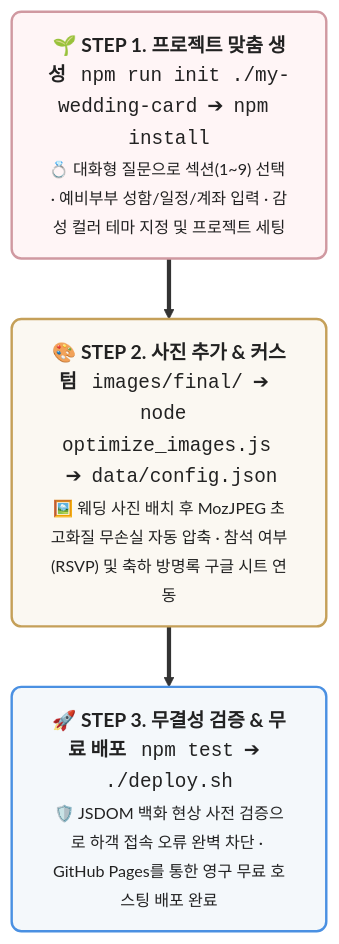
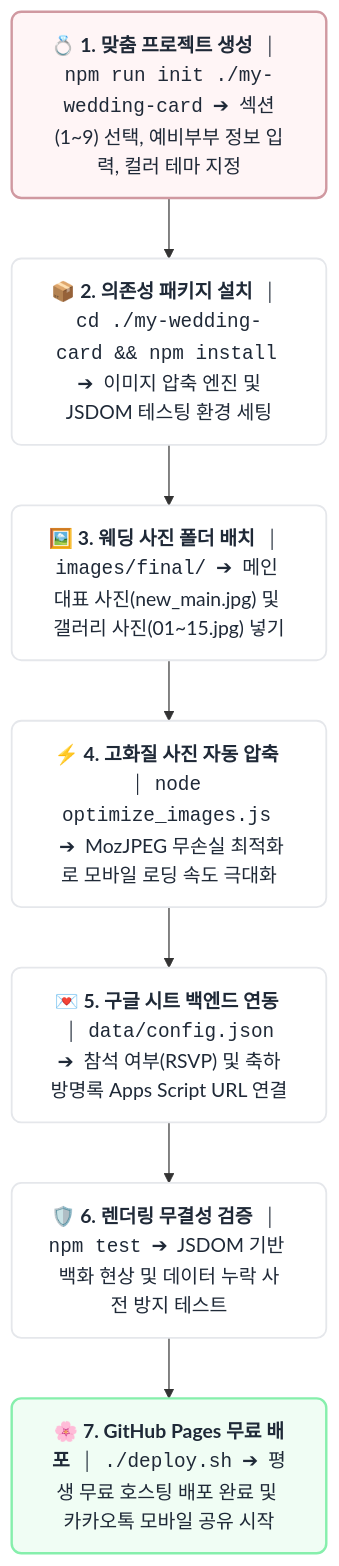
The diagram in .agents/skills/mobile-wedding-card/README.md (unoShin/wedding-card), drawn with Mermaid before and after one commit.

Commit message:
Auto-deploy verification passed: 2026-08-28 17:43:21

````diff
--- a/.agents/skills/mobile-wedding-card/README.md
+++ b/.agents/skills/mobile-wedding-card/README.md
@@ -116,19 +116,19 @@
 ```mermaid
 flowchart TD
-    S1["<b>🌱 STEP 1. 프로젝트 맞춤 생성</b> &nbsp; <code>npm run init ./my-wedding-card</code> &nbsp;➔&nbsp; <code>npm install</code><br/><small>💍 대화형 질문으로 섹션(1~9) 선택 · 예비부부 성함/일정/계좌 입력 · 감성 컬러 테마 지정 및 프로젝트 세팅</small>"]
-    
-    S2["<b>🎨 STEP 2. 사진 추가 & 커스텀</b> &nbsp; <code>images/final/</code> &nbsp;➔&nbsp; <code>node optimize_images.js</code> &nbsp;➔&nbsp; <code>data/config.json</code><br/><small>🖼️ 웨딩 사진 배치 후 MozJPEG 초고화질 무손실 자동 압축 · 참석 여부(RSVP) 및 축하 방명록 구글 시트 연동</small>"]
-    
-    S3["<b>🚀 STEP 3. 무결성 검증 & 무료 배포</b> &nbsp; <code>npm test</code> &nbsp;➔&nbsp; <code>./deploy.sh</code><br/><small>🛡️ JSDOM 백화 현상 사전 검증으로 하객 접속 오류 완벽 차단 · GitHub Pages를 통한 영구 무료 호스팅 배포 완료</small>"]
+    A["💍 <b>1. 맞춤 프로젝트 생성</b> &nbsp;│&nbsp; <code>npm run init ./my-wedding-card</code> &nbsp;➔&nbsp; 섹션(1~9) 선택, 예비부부 정보 입력, 컬러 테마 지정"]
+    B["📦 <b>2. 의존성 패키지 설치</b> &nbsp;│&nbsp; <code>cd ./my-wedding-card && npm install</code> &nbsp;➔&nbsp; 이미지 압축 엔진 및 JSDOM 테스팅 환경 세팅"]
+    C["🖼️ <b>3. 웨딩 사진 폴더 배치</b> &nbsp;│&nbsp; <code>images/final/</code> &nbsp;➔&nbsp; 메인 대표 사진(new_main.jpg) 및 갤러리 사진(01~15.jpg) 넣기"]
+    D["⚡ <b>4. 고화질 사진 자동 압축</b> &nbsp;│&nbsp; <code>node optimize_images.js</code> &nbsp;➔&nbsp; MozJPEG 무손실 최적화로 모바일 로딩 속도 극대화"]
+    E["💌 <b>5. 구글 시트 백엔드 연동</b> &nbsp;│&nbsp; <code>data/config.json</code> &nbsp;➔&nbsp; 참석 여부(RSVP) 및 축하 방명록 Apps Script URL 연결"]
+    F["🛡️ <b>6. 렌더링 무결성 검증</b> &nbsp;│&nbsp; <code>npm test</code> &nbsp;➔&nbsp; JSDOM 기반 백화 현상 및 데이터 누락 사전 방지 테스트"]
+    G["🌸 <b>7. GitHub Pages 무료 배포</b> &nbsp;│&nbsp; <code>./deploy.sh</code> &nbsp;➔&nbsp; 평생 무료 호스팅 배포 완료 및 카카오톡 모바일 공유 시작"]
 
-    S1 ==> S2 ==> S3
+    A --> B --> C --> D --> E --> F --> G
 
-    %% Custom Wide Card Styling
-    classDef stepPink fill:#fff5f6,stroke:#d099a1,stroke-width:2px,color:#222,rx:8px,ry:8px;
-    classDef stepGold fill:#fbf8f2,stroke:#c5a059,stroke-width:2px,color:#222,rx:8px,ry:8px;
-    classDef stepBlue fill:#f4f8fb,stroke:#4a90e2,stroke-width:2px,color:#222,rx:8px,ry:8px;
+    classDef default fill:#ffffff,stroke:#e5e7eb,stroke-width:1.5px,color:#1f2937,rx:8px,ry:8px;
+    classDef startNode fill:#fff5f6,stroke:#d099a1,stroke-width:2px,color:#1f2937,rx:8px,ry:8px;
+    classDef endNode fill:#f0fdf4,stroke:#86efac,stroke-width:2px,color:#1f2937,rx:8px,ry:8px;
 
-    class S1 stepPink;
-    class S2 stepGold;
-    class S3 stepBlue;
+    class A startNode;
+    class G endNode;
 ```
````
